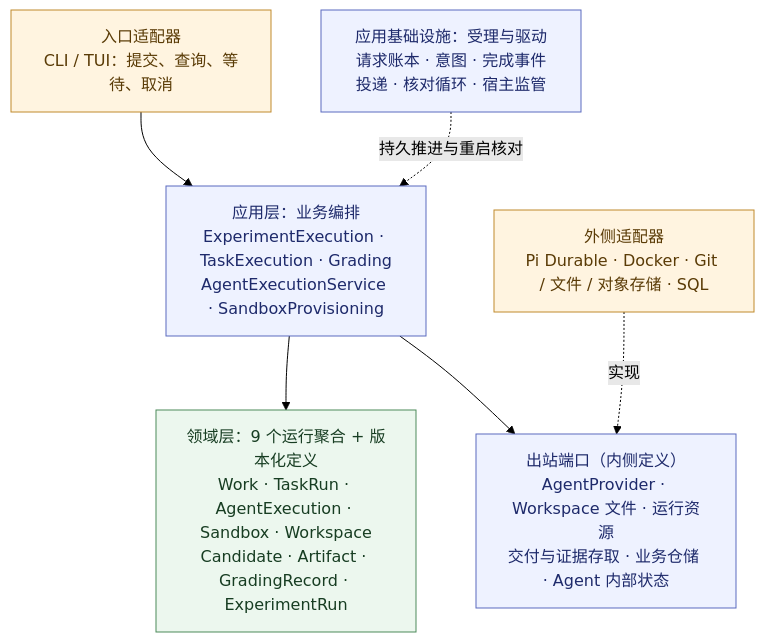
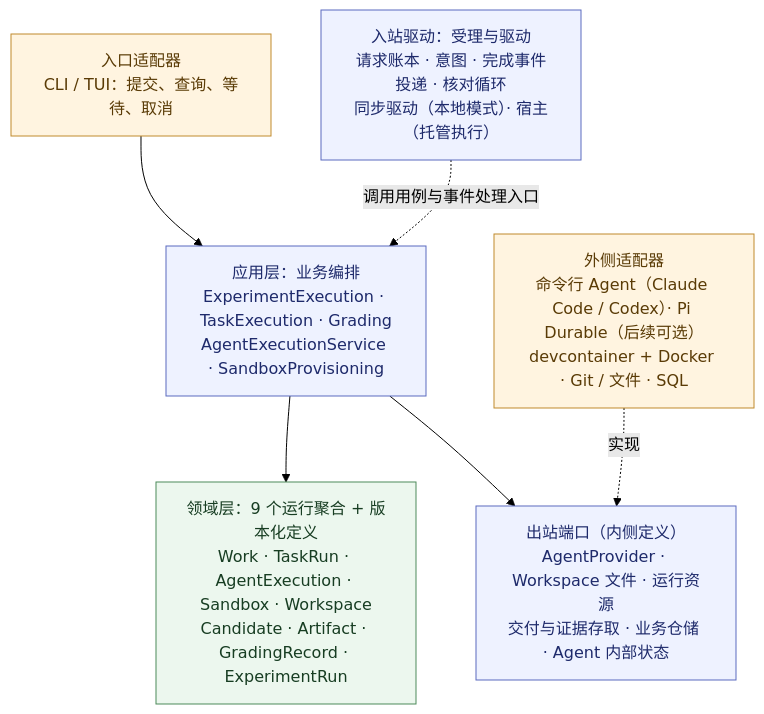
One commit to MaybeLL/Ground changed the diagram in docs/assets/model-layers.mmd. Above: the diagram before and after it, drawn with Mermaid (forest theme). The commit also changed 11 other files, not shown here.

```diff
--- a/docs/assets/model-layers.mmd
+++ b/docs/assets/model-layers.mmd
@@ -1,12 +1,12 @@
 flowchart TB
   IN["入口适配器<br/>CLI / TUI：提交、查询、等待、取消"] --> APP["应用层：业务编排<br/>ExperimentExecution · TaskExecution · Grading<br/>AgentExecutionService · SandboxProvisioning"]
   APP --> DOM["领域层：9 个运行聚合 + 版本化定义<br/>Work · TaskRun · AgentExecution · Sandbox · Workspace<br/>Candidate · Artifact · GradingRecord · ExperimentRun"]
   APP --> PORT["出站端口（内侧定义）<br/>AgentProvider · Workspace 文件 · 运行资源<br/>交付与证据存取 · 业务仓储 · Agent 内部状态"]
-  ADP["外侧适配器<br/>Pi Durable · Docker · Git / 文件 / 对象存储 · SQL"] -.->|实现| PORT
-  DRV["应用基础设施：受理与驱动<br/>请求账本 · 意图 · 完成事件投递 · 核对循环 · 宿主监管"] -.->|持久推进与重启核对| APP
+  ADP["外侧适配器<br/>命令行 Agent（Claude Code / Codex）· Pi Durable（后续可选）<br/>devcontainer + Docker · Git / 文件 · SQL"] -.->|实现| PORT
+  DRV["入站驱动：受理与驱动<br/>请求账本 · 意图 · 完成事件投递 · 核对循环<br/>同步驱动（本地模式）· 宿主（托管执行）"] -.->|调用用例与事件处理入口| APP
   classDef a fill:#eef2ff,stroke:#5b6abf,color:#1e2a6b;
   classDef d fill:#ecf7ee,stroke:#4c8a5a,color:#173d22;
   classDef o fill:#fff4e0,stroke:#c08a2d,color:#5a3b06;
   class IN,ADP o;
   class APP,DRV,PORT a;
   class DOM d;
```
